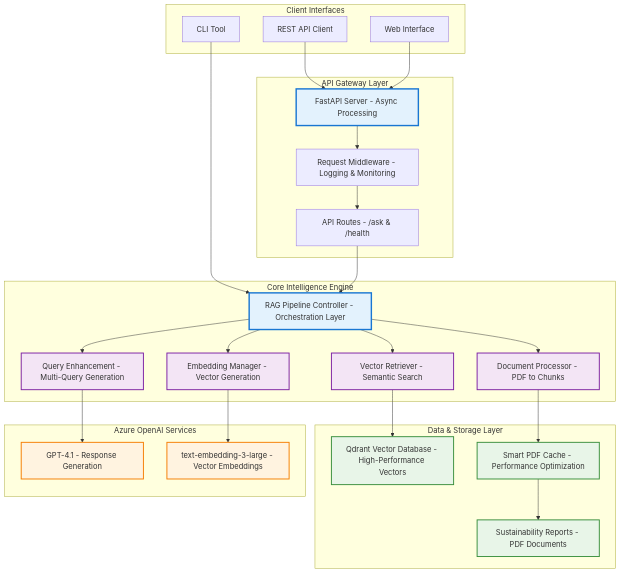
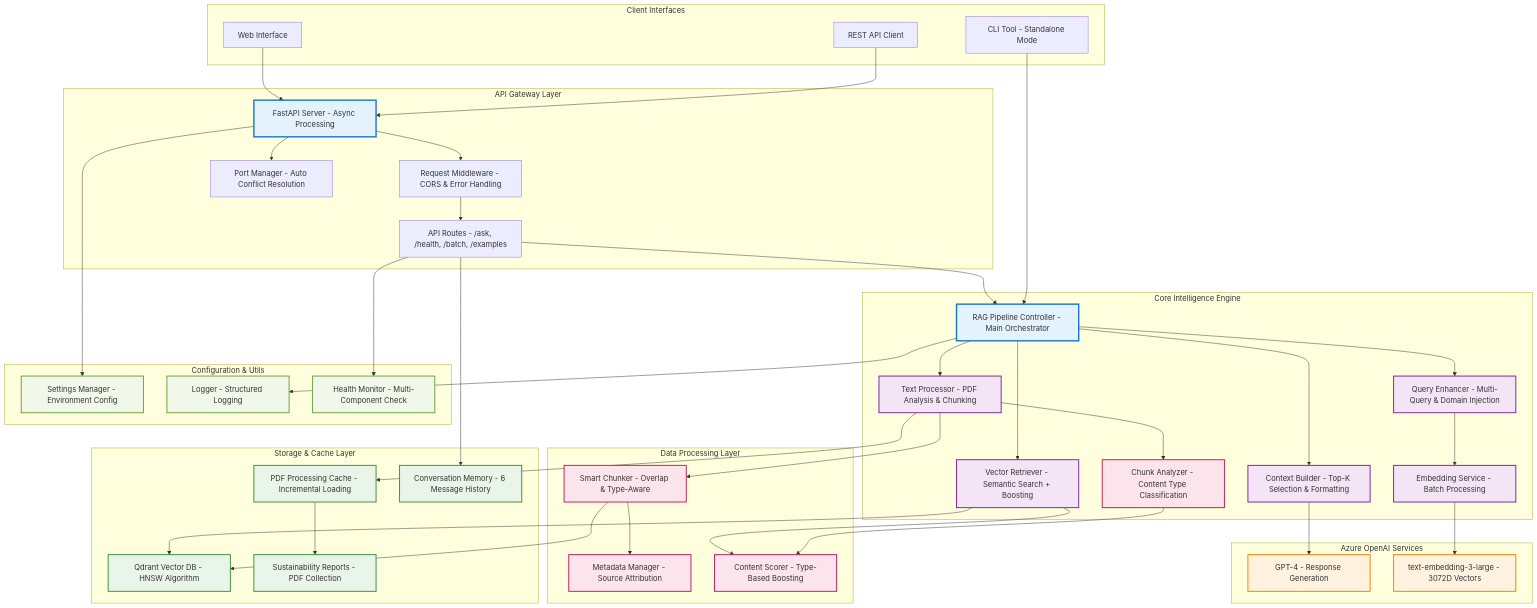
The diagram in README.md (suleymanVR/ntt-data-rag-system), drawn with Mermaid before and after one commit.

Commit message:
Update README.md
Update system arch.

````diff
--- a/README.md
+++ b/README.md
@@ -27,57 +27,103 @@
     subgraph "Client Interfaces"
         API[REST API Client]
         WEB[Web Interface]
-        CLI[CLI Tool]
+        CLI[CLI Tool - Standalone Mode]
     end
     
     subgraph "API Gateway Layer"
         FASTAPI[FastAPI Server - Async Processing]
-        MIDDLEWARE[Request Middleware - Logging & Monitoring]
-        ROUTES[API Routes - /ask & /health]
+        MIDDLEWARE[Request Middleware - CORS & Error Handling]
+        ROUTES[API Routes - /ask, /health, /batch, /examples]
+        PORT[Port Manager - Auto Conflict Resolution]
     end
     
     subgraph "Core Intelligence Engine"
-        RAG[RAG Pipeline Controller - Orchestration Layer]
-        PROCESSOR[Document Processor - PDF to Chunks]
-        QUERY[Query Enhancement - Multi-Query Generation]
-        RETRIEVER[Vector Retriever - Semantic Search]
-        EMBEDDINGS[Embedding Manager - Vector Generation]
+        RAG[RAG Pipeline Controller - Main Orchestrator]
+        PROCESSOR[Text Processor - PDF Analysis & Chunking]
+        ANALYZER[Chunk Analyzer - Content Type Classification]
+        QUERY[Query Enhancer - Multi-Query & Domain Injection]
+        RETRIEVER[Vector Retriever - Semantic Search + Boosting]
+        EMBEDDINGS[Embedding Service - Batch Processing]
+        CONTEXT[Context Builder - Top-K Selection & Formatting]
     end
     
-    subgraph "Data & Storage Layer"
-        QDRANT[Qdrant Vector Database - High-Performance Vectors]
-        CACHE[Smart PDF Cache - Performance Optimization]
-        DOCS[Sustainability Reports - PDF Documents]
+    subgraph "Data Processing Layer"
+        CHUNKER[Smart Chunker - Overlap & Type-Aware]
+        METADATA[Metadata Manager - Source Attribution]
+        SCORER[Content Scorer - Type-Based Boosting]
+    end
+    
+    subgraph "Storage & Cache Layer"
+        QDRANT[Qdrant Vector DB - HNSW Algorithm]
+        CACHE[PDF Processing Cache - Incremental Loading]
+        DOCS[Sustainability Reports - PDF Collection]
+        MEMORY[Conversation Memory - 6 Message History]
     end
     
     subgraph "Azure OpenAI Services"
-        GPT41[GPT-4.1 - Response Generation]
-        EMBEDDING[text-embedding-3-large - Vector Embeddings]
+        GPT4[GPT-4 - Response Generation]
+        EMBEDDING_MODEL[text-embedding-3-large - 3072D Vectors]
     end
     
+    subgraph "Configuration & Utils"
+        SETTINGS[Settings Manager - Environment Config]
+        LOGGER[Logger - Structured Logging]
+        HEALTH[Health Monitor - Multi-Component Check]
+    end
+    
+    %% Client to API Layer
     API --> FASTAPI
     WEB --> FASTAPI
     CLI --> RAG
+    
+    %% API Gateway Flow
+    FASTAPI --> PORT
     FASTAPI --> MIDDLEWARE
     MIDDLEWARE --> ROUTES
     ROUTES --> RAG
+    
+    %% Core RAG Pipeline Flow
     RAG --> PROCESSOR
     RAG --> QUERY
     RAG --> RETRIEVER
-    RAG --> EMBEDDINGS
+    RAG --> CONTEXT
+    
+    %% Document Processing Flow
+    PROCESSOR --> CHUNKER
+    PROCESSOR --> ANALYZER
+    CHUNKER --> METADATA
+    ANALYZER --> SCORER
+    
+    %% Query & Retrieval Flow
+    QUERY --> EMBEDDINGS
+    EMBEDDINGS --> EMBEDDING_MODEL
+    RETRIEVER --> QDRANT
+    RETRIEVER --> SCORER
+    CONTEXT --> GPT4
+    
+    %% Data & Storage Flow
     PROCESSOR --> CACHE
-    QUERY --> GPT41
-    EMBEDDINGS --> EMBEDDING
-    RETRIEVER --> QDRANT
     CACHE --> DOCS
+    CHUNKER --> QDRANT
+    ROUTES --> MEMORY
     
+    %% Configuration Flow
+    FASTAPI --> SETTINGS
+    RAG --> LOGGER
+    ROUTES --> HEALTH
+    
+    %% Styling
     classDef primary fill:#e3f2fd,stroke:#1976d2,stroke-width:3px
     classDef intelligence fill:#f3e5f5,stroke:#7b1fa2,stroke-width:2px
     classDef external fill:#fff3e0,stroke:#f57c00,stroke-width:2px
     classDef data fill:#e8f5e8,stroke:#388e3c,stroke-width:2px
+    classDef config fill:#f1f8e9,stroke:#689f38,stroke-width:2px
+    classDef processing fill:#fce4ec,stroke:#c2185b,stroke-width:2px
     
     class FASTAPI,RAG primary
-    class PROCESSOR,QUERY,RETRIEVER,EMBEDDINGS intelligence
-    class GPT41,EMBEDDING external
-    class QDRANT,CACHE,DOCS data
+    class PROCESSOR,QUERY,RETRIEVER,EMBEDDINGS,CONTEXT intelligence
+    class GPT4,EMBEDDING_MODEL external
+    class QDRANT,CACHE,DOCS,MEMORY data
+    class SETTINGS,LOGGER,HEALTH config
+    class CHUNKER,ANALYZER,METADATA,SCORER processing
 ```
````
